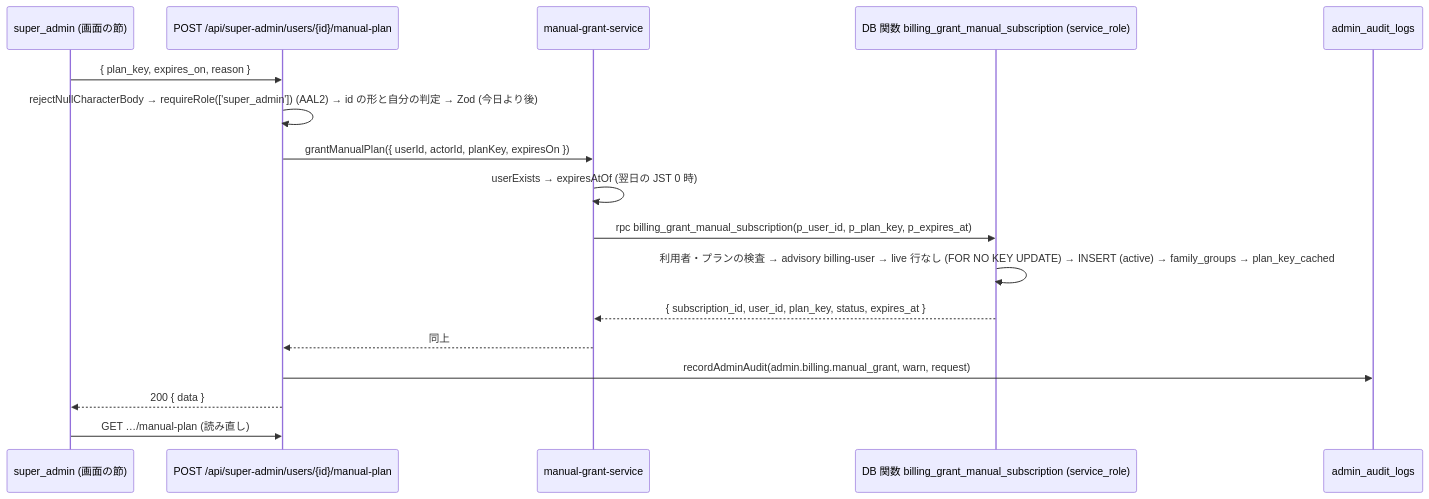
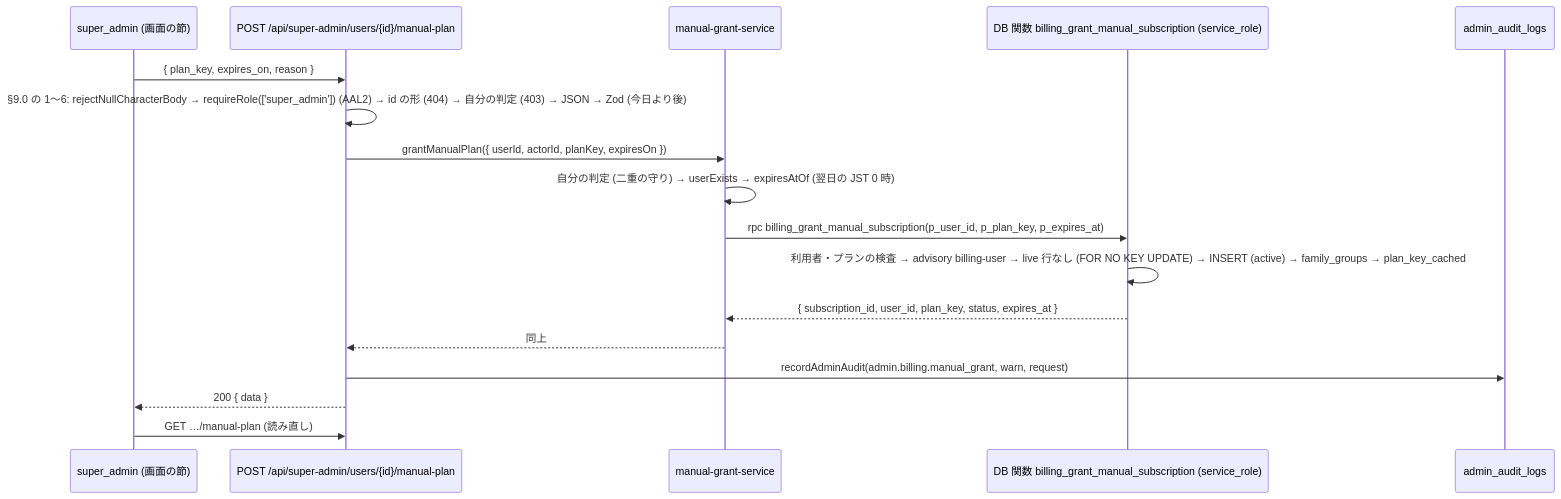
The diagram in docs/design/billing/02-manual-plan-grant.md (DaisukeHori/homegohan-app), drawn with Mermaid before and after one commit. The commit also changed other lines of this file, not shown here.

````diff
--- a/docs/design/billing/02-manual-plan-grant.md
+++ b/docs/design/billing/02-manual-plan-grant.md
@@ -1901,19 +1942,19 @@
 ```mermaid
 sequenceDiagram
   participant SA as super_admin (画面の節)
   participant API as POST /api/super-admin/users/{id}/manual-plan
   participant SVC as manual-grant-service
   participant DB as DB 関数 billing_grant_manual_subscription (service_role)
   participant AUD as admin_audit_logs
   SA->>API: { plan_key, expires_on, reason }
-  API->>API: rejectNullCharacterBody → requireRole(['super_admin']) (AAL2) → id の形と自分の判定 → Zod (今日より後)
+  API->>API: §9.0 の 1〜6: rejectNullCharacterBody → requireRole(['super_admin']) (AAL2) → id の形 (404) → 自分の判定 (403) → JSON → Zod (今日より後)
   API->>SVC: grantManualPlan({ userId, actorId, planKey, expiresOn })
-  SVC->>SVC: userExists → expiresAtOf (翌日の JST 0 時)
+  SVC->>SVC: 自分の判定 (二重の守り) → userExists → expiresAtOf (翌日の JST 0 時)
   SVC->>DB: rpc billing_grant_manual_subscription(p_user_id, p_plan_key, p_expires_at)
   DB->>DB: 利用者・プランの検査 → advisory billing-user → live 行なし (FOR NO KEY UPDATE) → INSERT (active) → family_groups → plan_key_cached
   DB-->>SVC: { subscription_id, user_id, plan_key, status, expires_at }
   SVC-->>API: 同上
   API->>AUD: recordAdminAudit(admin.billing.manual_grant, warn, request)
   API-->>SA: 200 { data }
   SA->>API: GET …/manual-plan (読み直し)
 ```
````
